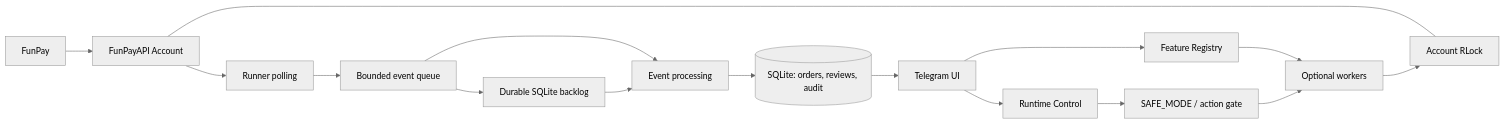
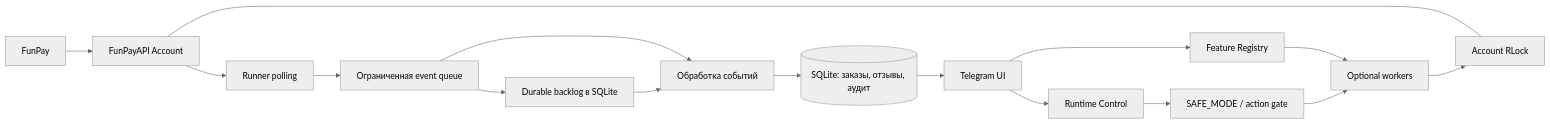
One commit to Vetal12350/FunPayFlow changed the diagram in README.md. Above: the diagram before and after it, drawn with Mermaid (neutral theme). The commit also changed other lines of this file and 9 other files, not shown here.

````diff
--- a/README.md
+++ b/README.md
@@ -172,18 +173,18 @@
 ```mermaid
 flowchart LR
     FP[FunPay] --> A[FunPayAPI Account]
     A --> R[Runner polling]
     A --- L[Account RLock]
-    R --> Q[Bounded event queue]
-    Q --> B[Durable SQLite backlog]
-    Q --> P[Event processing]
+    R --> Q[Ограниченная event queue]
+    Q --> B[Durable backlog в SQLite]
+    Q --> P[Обработка событий]
     B --> P
-    P --> DB[(SQLite: orders, reviews, audit)]
+    P --> DB[(SQLite: заказы, отзывы, аудит)]
     T[Telegram UI] --> F[Feature Registry]
     T --> RC[Runtime Control]
     F --> W[Optional workers]
     RC --> G[SAFE_MODE / action gate]
     G --> W
     W --> L
     DB --> T
 ```
````
